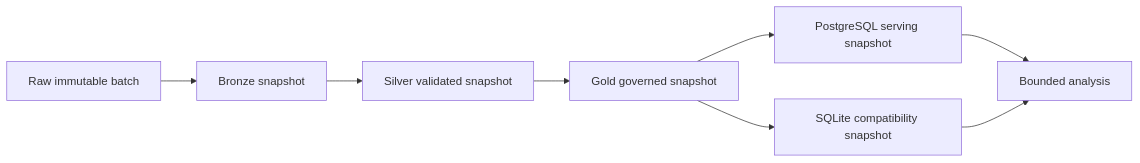
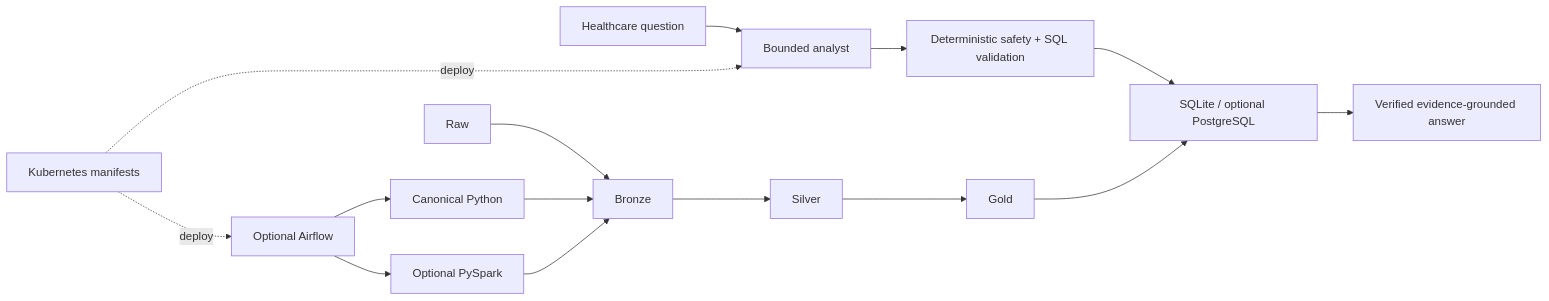
The diagram in README.md (vdeeplearning/agentic_healthcare_data_platform), drawn with Mermaid before and after one commit. The commit also changed other lines of this file and 16 other files, not shown here.

````diff
--- a/README.md
+++ b/README.md
@@ -1103,10 +13,14 @@
 ```mermaid
 flowchart LR
- RAW["Raw immutable batch"] --> BR["Bronze snapshot"]
- BR --> SI["Silver validated snapshot"]
- SI --> GO["Gold governed snapshot"]
- GO --> PG["PostgreSQL serving snapshot"]
- GO --> SQ["SQLite compatibility snapshot"]
- PG --> AN["Bounded analysis"]
- SQ --> AN
+ Q["Healthcare question"] --> A["Bounded analyst"]
+ A --> V["Deterministic safety + SQL validation"]
+ V --> DB["SQLite / optional PostgreSQL"]
+ DB --> E["Verified evidence-grounded answer"]
+ RAW["Raw"] --> BR["Bronze"] --> SI["Silver"] --> GO["Gold"] --> DB
+ PY["Canonical Python"] --> BR
+ SP["Optional PySpark"] --> BR
+ AF["Optional Airflow"] --> PY
+ AF --> SP
+ K8S["Kubernetes manifests"] -. "deploy" .-> A
+ K8S -. "deploy" .-> AF
 ```
````
